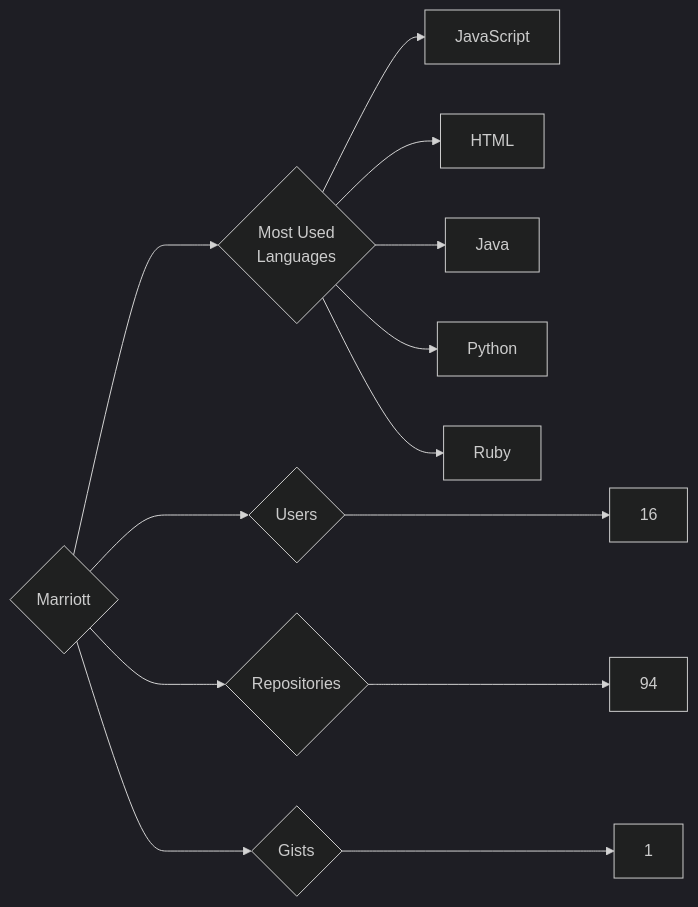
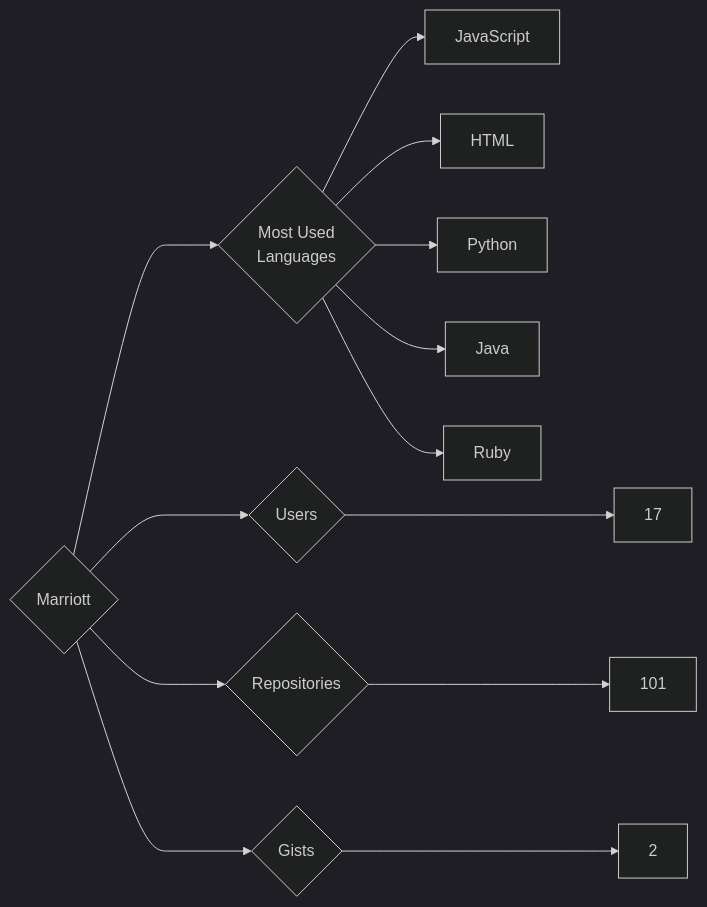
Before and after one commit to trickest/insiders: the diagram in targets/Marriott/README.md, drawn with Mermaid (dark theme). The commit also changed 898 other files, not shown here.

````diff
--- a/targets/Marriott/README.md
+++ b/targets/Marriott/README.md
@@ -3,13 +3,13 @@
 ```mermaid
 graph LR
 COMPANY_NAME{Marriott}
-COMPANY_NAME ---> U{Users} ---> UN[16]
-COMPANY_NAME ---> R{Repositories} ---> RN[94]
-COMPANY_NAME ---> G{Gists} ---> GN[1]
+COMPANY_NAME ---> U{Users} ---> UN[17]
+COMPANY_NAME ---> R{Repositories} ---> RN[101]
+COMPANY_NAME ---> G{Gists} ---> GN[2]
 COMPANY_NAME ---> ML{Most Used<br>Languages}
 ML --> JavaScript[JavaScript]
 ML --> HTML[HTML]
+ML --> Python[Python]
 ML --> Java[Java]
-ML --> Python[Python]
 ML --> Ruby[Ruby]
 ```
````
